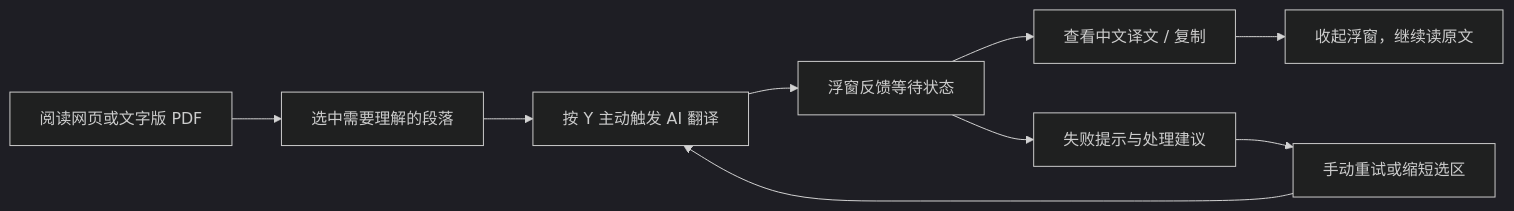
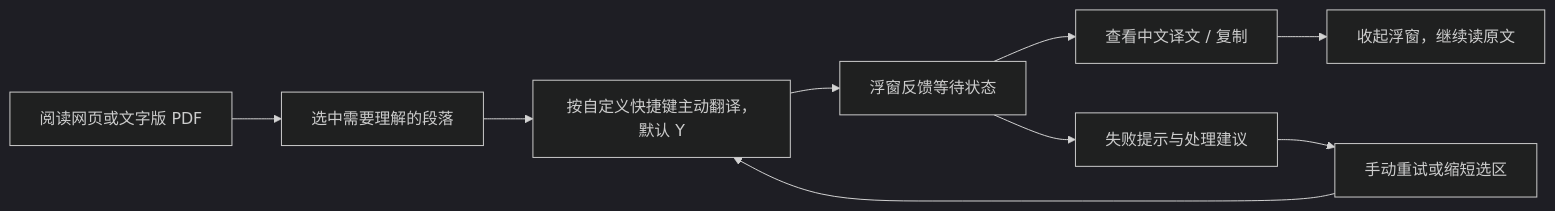
Before and after one commit to AMiLuLu10086/paper-parrot: the diagram in README.md, drawn with Mermaid (dark theme). The commit also changed other lines of this file and 23 other files, not shown here.

````diff
--- a/README.md
+++ b/README.md
@@ -50,11 +50,11 @@
 ```mermaid
 flowchart LR
     A[阅读网页或文字版 PDF] --> B[选中需要理解的段落]
-    B --> C[按 Y 主动触发 AI 翻译]
+    B --> C[按自定义快捷键主动翻译，默认 Y]
     C --> D[浮窗反馈等待状态]
     D --> E[查看中文译文 / 复制]
     E --> F[收起浮窗，继续读原文]
     D --> G[失败提示与处理建议]
     G --> H[手动重试或缩短选区]
     H --> C
 ```
````
